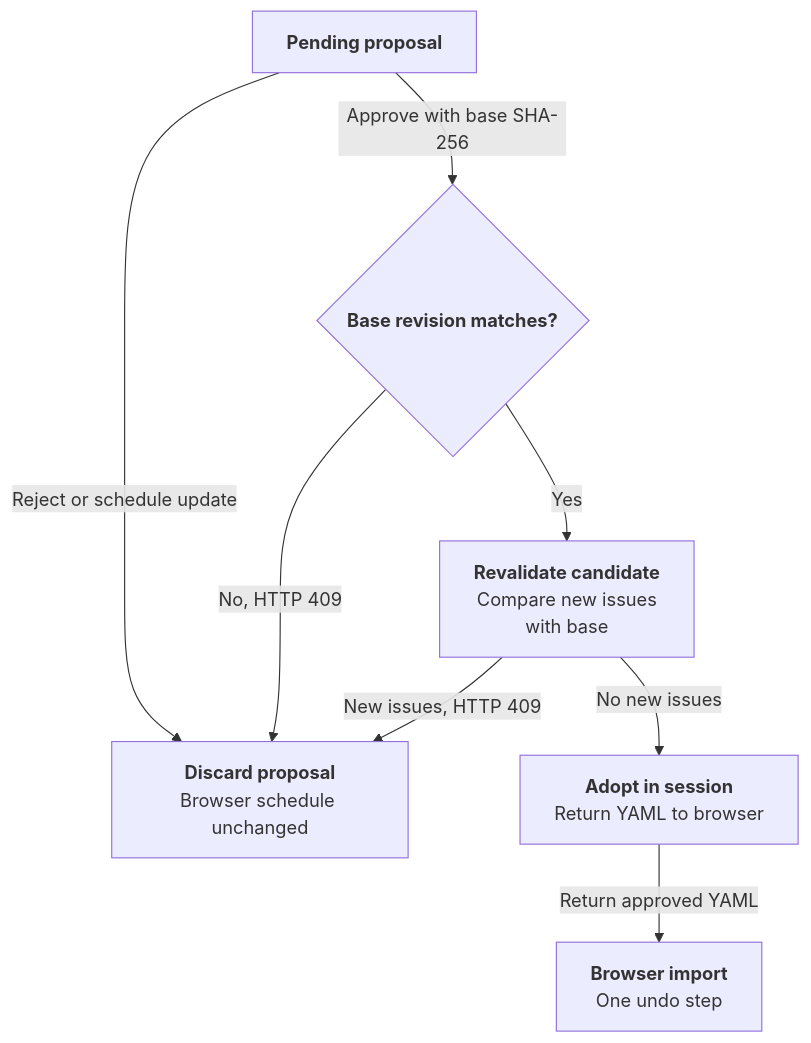
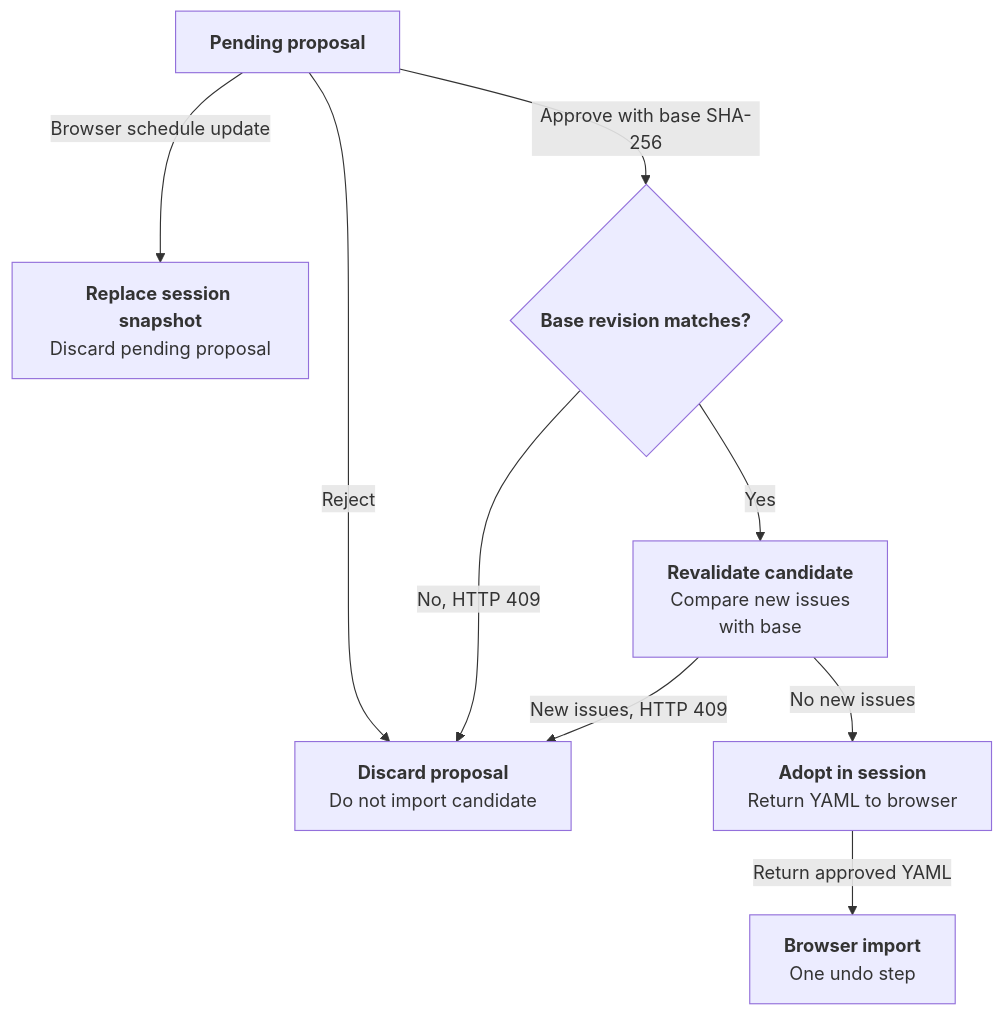
Diagram 15 of 15 in docs/content/developer-guide/ai-assistant.md (j3soon/nurse-scheduling), drawn with Mermaid before and after one commit. The commit also changed other lines of this file and 1 other file, not shown here.

First line of the commit message:
docs(ai): clarify unified session events and diagrams

````diff
--- a/docs/content/developer-guide/ai-assistant.md
+++ b/docs/content/developer-guide/ai-assistant.md
@@ -729,12 +738,13 @@
 ```mermaid
 flowchart TB
     Pending[<b>Pending proposal</b>]
-    Pending -->|Reject or schedule update| Discard[<b>Discard proposal</b><br/>Browser schedule unchanged]
+    Pending -->|Reject| Discard[<b>Discard proposal</b><br/>Do not import candidate]
+    Pending -->|Browser schedule update| Updated[<b>Replace session snapshot</b><br/>Discard pending proposal]
     Pending -->|Approve with base SHA-256| Revision{<b>Base revision matches?</b>}
     Revision -->|No, HTTP 409| Discard
     Revision -->|Yes| Recheck[<b>Revalidate candidate</b><br/>Compare new issues<br/>with base]
     Recheck -->|New issues, HTTP 409| Discard
     Recheck -->|No new issues| Adopt[<b>Adopt in session</b><br/>Return YAML to browser]
     Adopt -->|Return approved YAML| Import[<b>Browser import</b><br/>One undo step]
 
 ```
````
